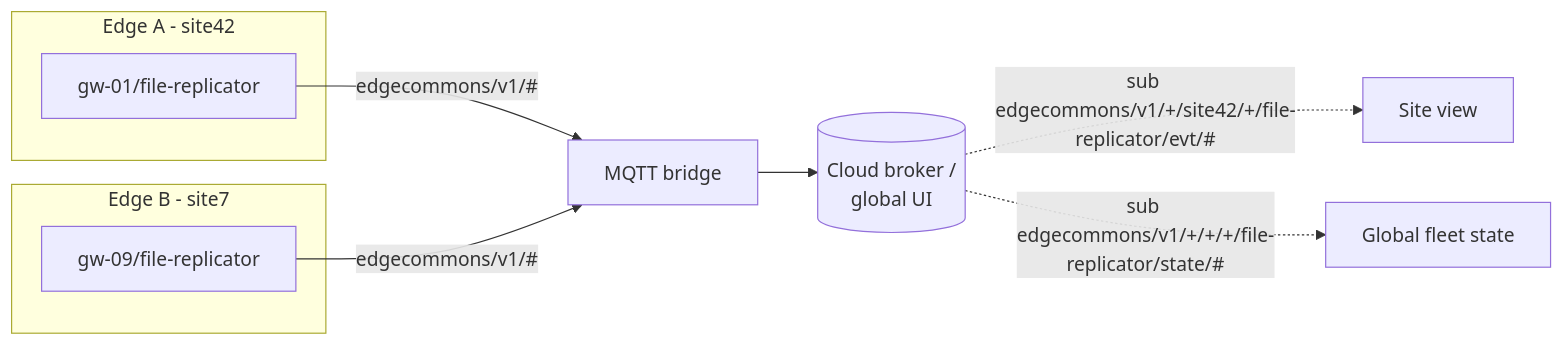
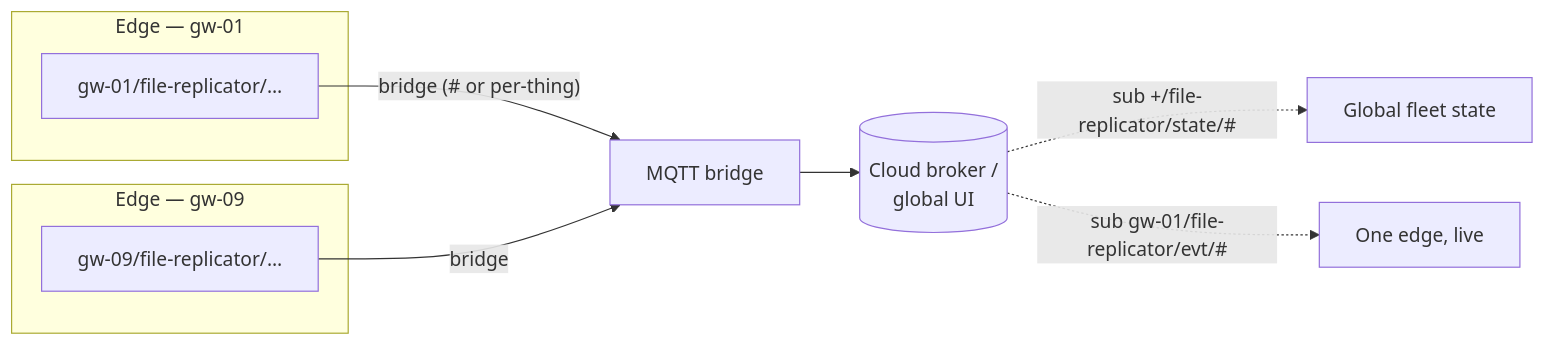
One commit to edgecommons/file-replicator changed the seventh of 7 diagrams in DESIGN.md. Above: the diagram before and after it, drawn with Mermaid. The commit also changed other lines of this file and 1 other file, not shown here.

````diff
--- a/DESIGN.md
+++ b/DESIGN.md
@@ -837,14 +858,14 @@
 ```mermaid
 flowchart LR
-  subgraph Edge A - site42
-    A1[gw-01/file-replicator]
+  subgraph EdgeA["Edge — gw-01"]
+    A1["gw-01/file-replicator/…"]
   end
-  subgraph Edge B - site7
-    B1[gw-09/file-replicator]
+  subgraph EdgeB["Edge — gw-09"]
+    B1["gw-09/file-replicator/…"]
   end
-  A1 -->|edgecommons/v1/#| BR[MQTT bridge]
-  B1 -->|edgecommons/v1/#| BR
+  A1 -->|"bridge (# or per-thing)"| BR[MQTT bridge]
+  B1 -->|bridge| BR
   BR --> CLOUD[(Cloud broker /<br/>global UI)]
-  CLOUD -.->|"sub edgecommons/v1/+/site42/+/file-replicator/evt/#"| UI1[Site view]
-  CLOUD -.->|"sub edgecommons/v1/+/+/+/file-replicator/state/#"| UI2[Global fleet state]
+  CLOUD -.->|"sub +/file-replicator/state/#"| UI1[Global fleet state]
+  CLOUD -.->|"sub gw-01/file-replicator/evt/#"| UI2[One edge, live]
 ```
````
